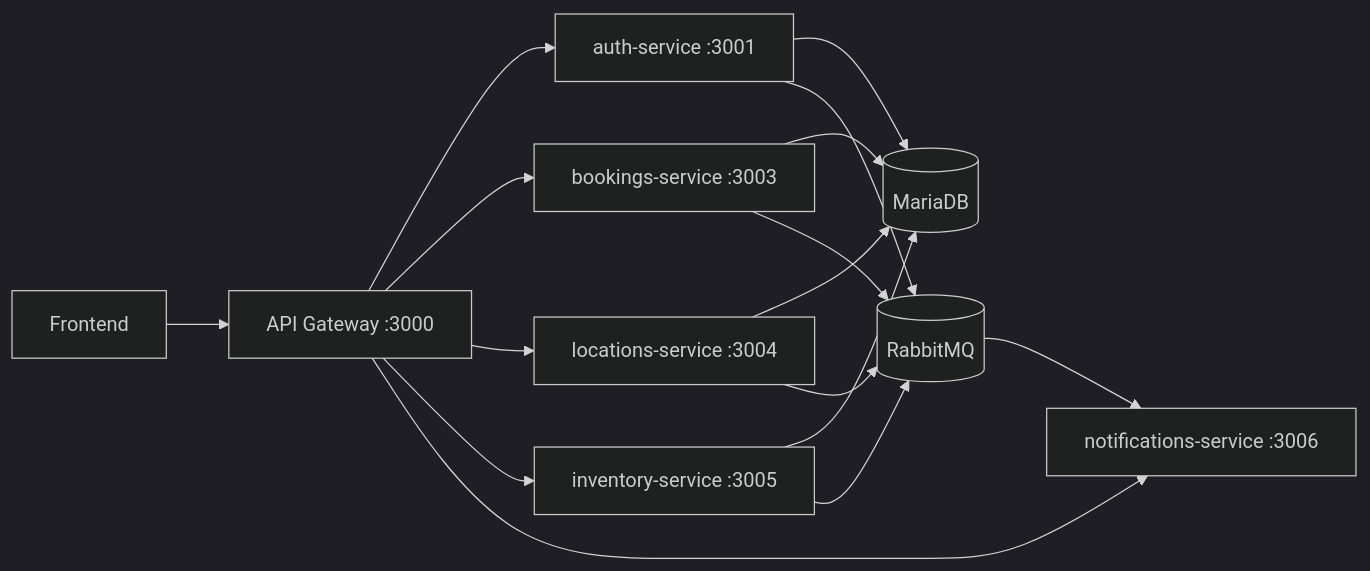
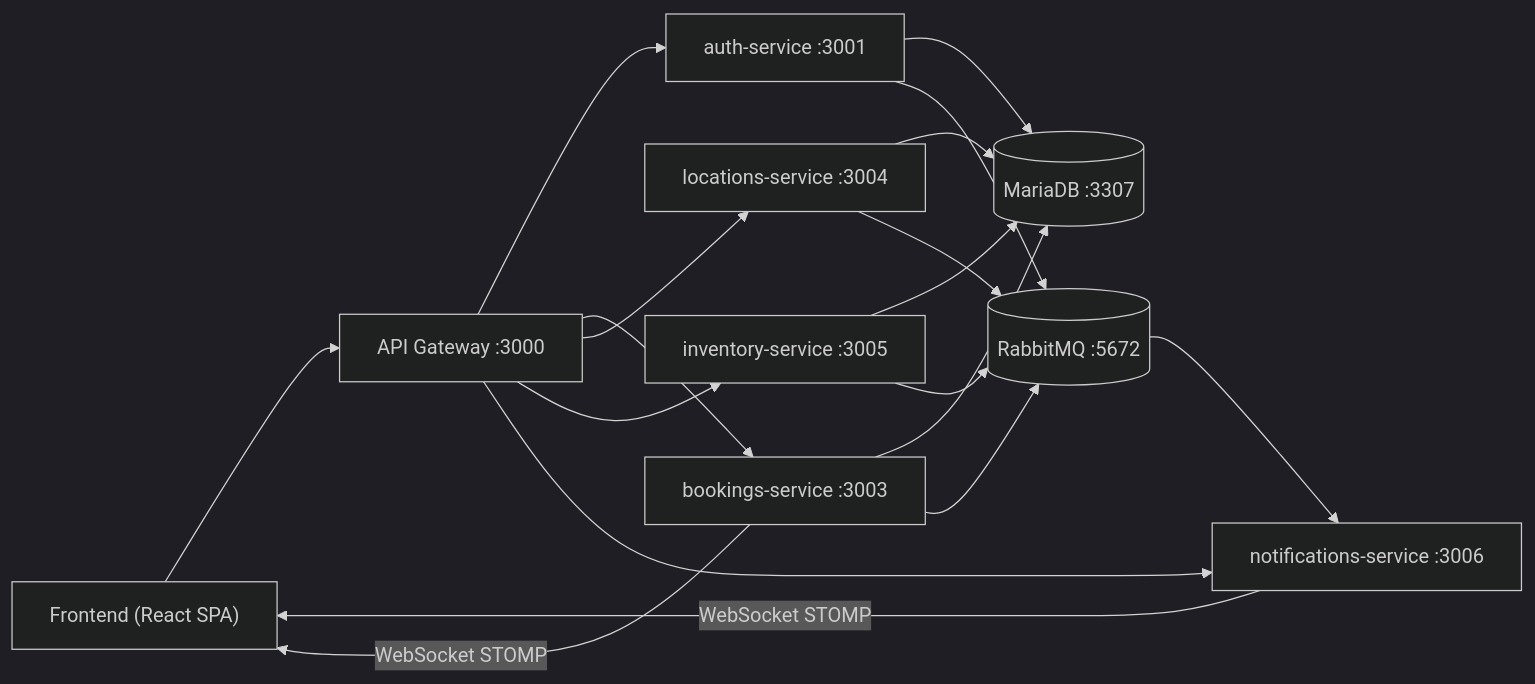
One commit to Sherman97/reservasSofka changed the diagram in README.md. Above: the diagram before and after it, drawn with Mermaid (dark theme). The commit also changed other lines of this file and 156 other files, not shown here.

````diff
--- a/README.md
+++ b/README.md
@@ -16,20 +64,23 @@
 ```mermaid
 flowchart LR
-    FE[Frontend] --> GW[API Gateway :3000]
-    GW --> AUTH[auth-service :3001]
-    GW --> BOOK[bookings-service :3003]
-    GW --> LOC[locations-service :3004]
-    GW --> INV[inventory-service :3005]
-    GW --> NOTI[notifications-service :3006]
+    FE["Frontend (React SPA)"] --> GW["API Gateway :3000"]
+    GW --> AUTH["auth-service :3001"]
+    GW --> BOOK["bookings-service :3003"]
+    GW --> LOC["locations-service :3004"]
+    GW --> INV["inventory-service :3005"]
+    GW --> NOTI["notifications-service :3006"]
 
-    AUTH --> DB[(MariaDB)]
+    AUTH --> DB[(MariaDB :3307)]
     BOOK --> DB
     LOC --> DB
     INV --> DB
 
-    AUTH --> MQ[(RabbitMQ)]
+    AUTH --> MQ[(RabbitMQ :5672)]
     BOOK --> MQ
     LOC --> MQ
     INV --> MQ
     MQ --> NOTI
+
+    NOTI -- "WebSocket STOMP" --> FE
+    BOOK -- "WebSocket STOMP" --> FE
 ```
````
